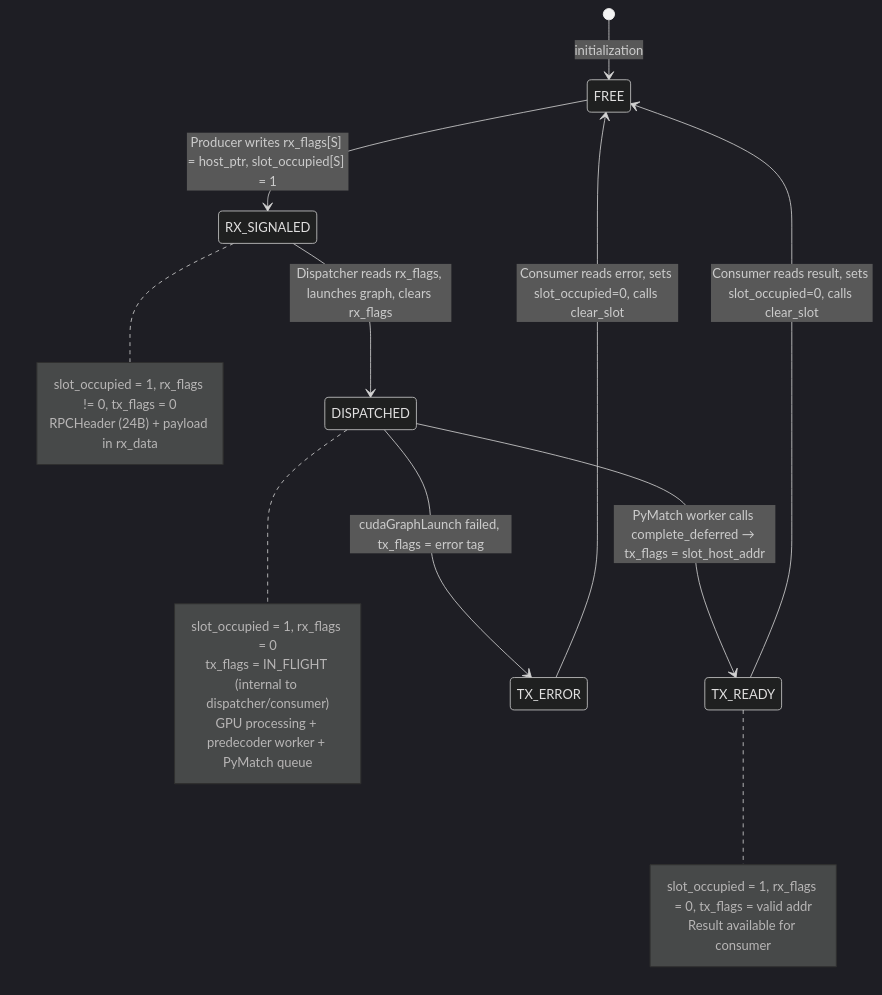
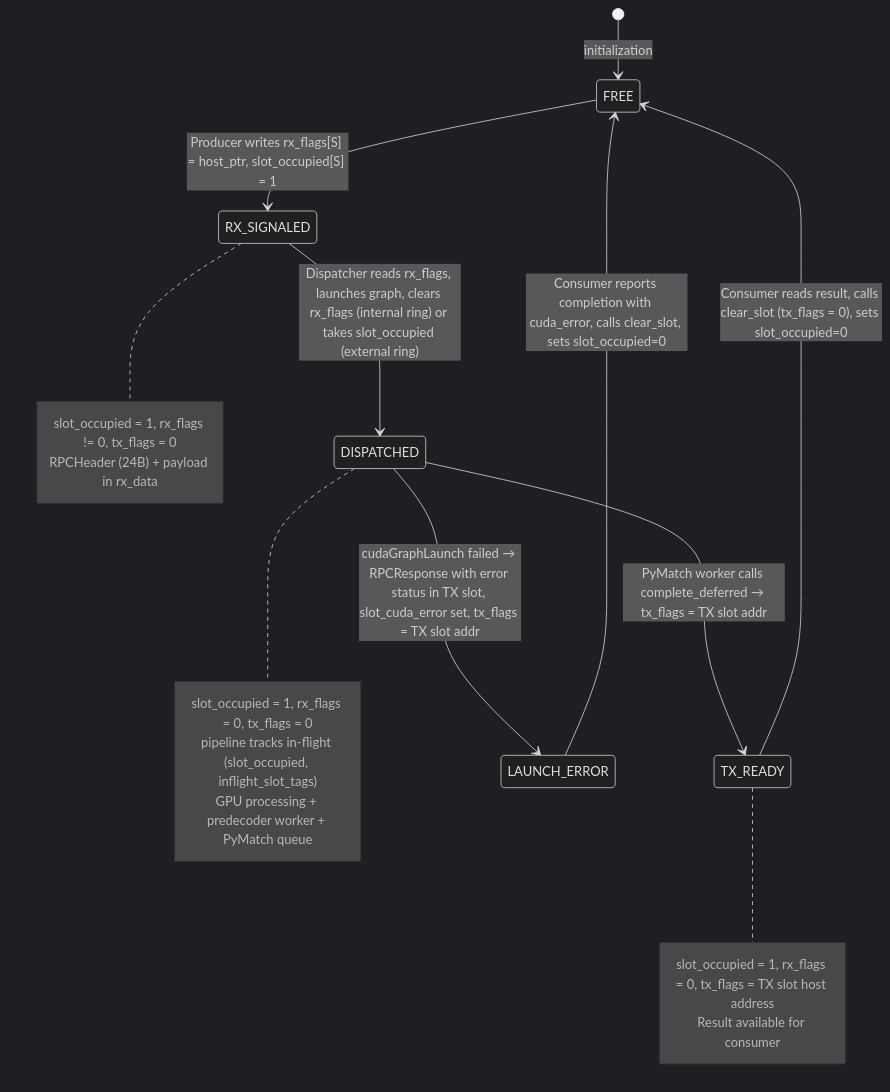
One commit to NVIDIA/cudaq-qec changed the fourth of 8 diagrams in libs/qec/lib/realtime/realtime_pipeline_architecture.md. Above: the diagram before and after it, drawn with Mermaid (dark theme). The commit also changed other lines of this file and 16 other files, not shown here.

First line of the commit message:
[QEC] Make realtime_pipeline own its host dispatch loop (#888)

````diff
--- a/libs/qec/lib/realtime/realtime_pipeline_architecture.md
+++ b/libs/qec/lib/realtime/realtime_pipeline_architecture.md
@@ -262,28 +276,28 @@
 ```mermaid
 stateDiagram-v2
     [*] --> FREE : initialization
 
     FREE --> RX_SIGNALED : Producer writes rx_flags[S] = host_ptr, slot_occupied[S] = 1
     note right of RX_SIGNALED
         slot_occupied = 1, rx_flags != 0, tx_flags = 0
         RPCHeader (24B) + payload in rx_data
     end note
 
-    RX_SIGNALED --> DISPATCHED : Dispatcher reads rx_flags, launches graph, clears rx_flags
+    RX_SIGNALED --> DISPATCHED : Dispatcher reads rx_flags, launches graph, clears rx_flags (internal ring) or takes slot_occupied (external ring)
     note right of DISPATCHED
-        slot_occupied = 1, rx_flags = 0
-        tx_flags = IN_FLIGHT (internal to dispatcher/consumer)
+        slot_occupied = 1, rx_flags = 0, tx_flags = 0
+        pipeline tracks in-flight (slot_occupied, inflight_slot_tags)
         GPU processing + predecoder worker + PyMatch queue
     end note
 
-    DISPATCHED --> TX_READY : PyMatch worker calls complete_deferred → tx_flags = slot_host_addr
+    DISPATCHED --> TX_READY : PyMatch worker calls complete_deferred → tx_flags = TX slot addr
     note right of TX_READY
-        slot_occupied = 1, rx_flags = 0, tx_flags = valid addr
+        slot_occupied = 1, rx_flags = 0, tx_flags = TX slot host address
         Result available for consumer
     end note
 
-    TX_READY --> FREE : Consumer reads result, sets slot_occupied=0, calls clear_slot
+    TX_READY --> FREE : Consumer reads result, calls clear_slot (tx_flags = 0), sets slot_occupied=0
 
-    DISPATCHED --> TX_ERROR : cudaGraphLaunch failed, tx_flags = error tag
-    TX_ERROR --> FREE : Consumer reads error, sets slot_occupied=0, calls clear_slot
+    DISPATCHED --> LAUNCH_ERROR : cudaGraphLaunch failed → RPCResponse with error status in TX slot, slot_cuda_error set, tx_flags = TX slot addr
+    LAUNCH_ERROR --> FREE : Consumer reports completion with cuda_error, calls clear_slot, sets slot_occupied=0
 ```
````
